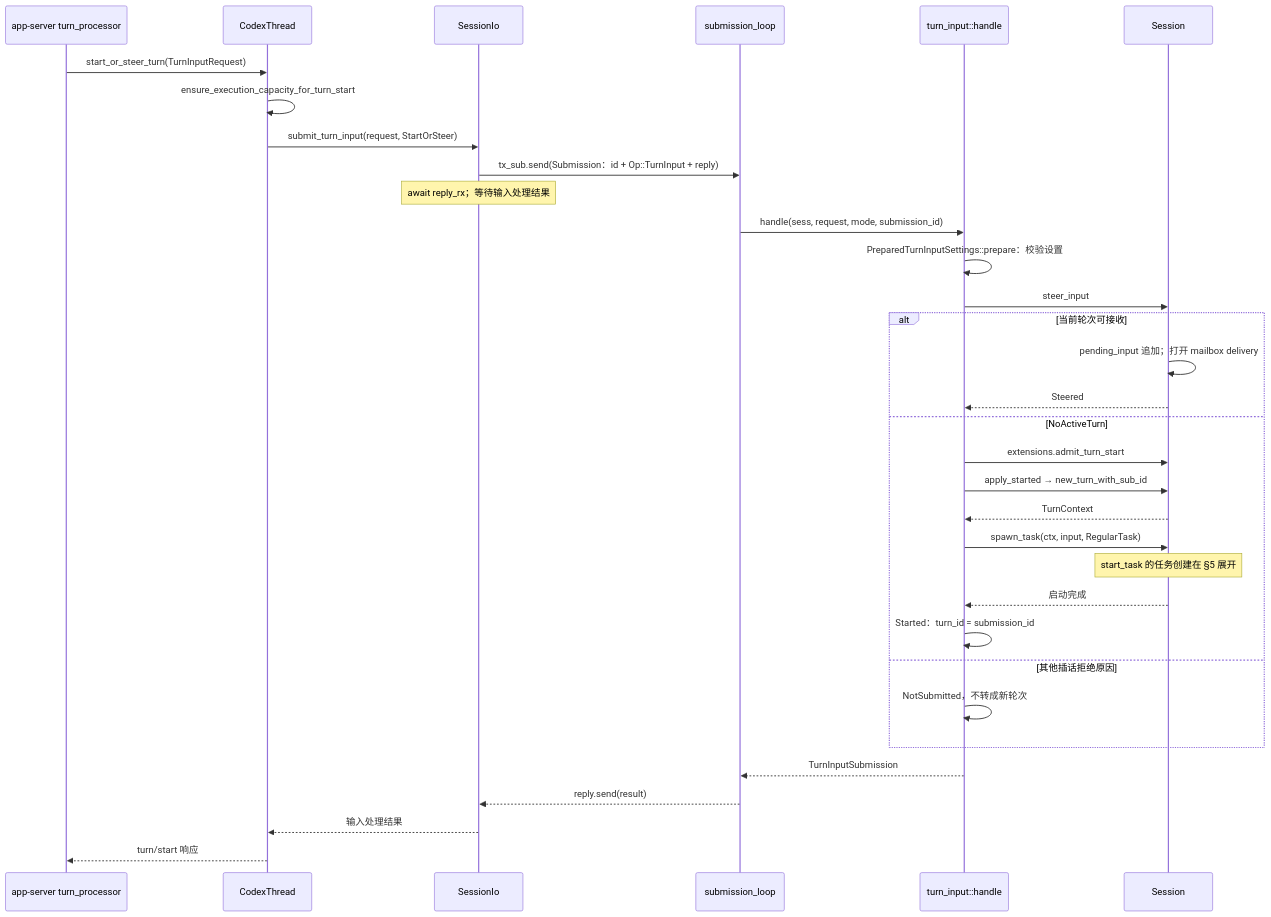
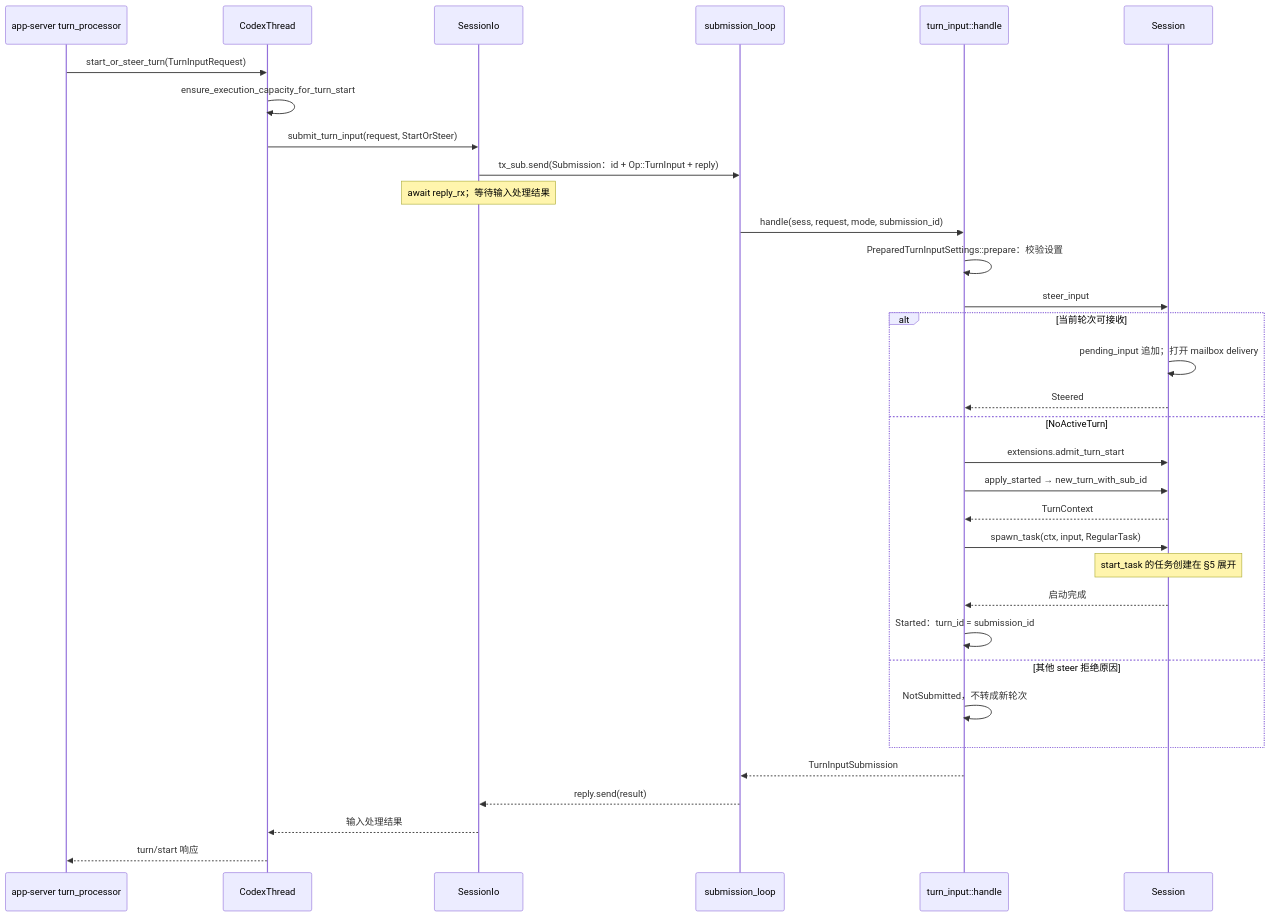
Before and after one commit to nickqiaoo/nickqiaoo.github.io: the fifth of 32 diagrams in src/content/post/agents-codex/index.md, drawn with Mermaid. The commit also changed other lines of this file and 2 other files, not shown here.

````diff
--- a/src/content/post/agents-codex/index.md
+++ b/src/content/post/agents-codex/index.md
@@ -267,35 +267,35 @@
 ```mermaid
 sequenceDiagram
   participant APS as app-server turn_processor
   participant CT as CodexThread
   participant IO as SessionIo
   participant L as submission_loop
   participant TI as turn_input::handle
   participant S as Session
   APS->>CT: start_or_steer_turn(TurnInputRequest)
   CT->>CT: ensure_execution_capacity_for_turn_start
   CT->>IO: submit_turn_input(request, StartOrSteer)
   IO->>L: tx_sub.send(Submission：id + Op::TurnInput + reply)
   Note over IO: await reply_rx；等待输入处理结果
   L->>TI: handle(sess, request, mode, submission_id)
   TI->>TI: PreparedTurnInputSettings::prepare：校验设置
   TI->>S: steer_input
   alt 当前轮次可接收
     S->>S: pending_input 追加；打开 mailbox delivery
     S-->>TI: Steered
   else NoActiveTurn
     TI->>S: extensions.admit_turn_start
     TI->>S: apply_started → new_turn_with_sub_id
     S-->>TI: TurnContext
     TI->>S: spawn_task(ctx, input, RegularTask)
     Note over S: start_task 的任务创建在 §5 展开
     S-->>TI: 启动完成
     TI->>TI: Started：turn_id = submission_id
-  else 其他插话拒绝原因
+  else 其他 steer 拒绝原因
     TI->>TI: NotSubmitted，不转成新轮次
   end
   TI-->>L: TurnInputSubmission
   L-->>IO: reply.send(result)
   IO-->>CT: 输入处理结果
   CT-->>APS: turn/start 响应
 ```
````
